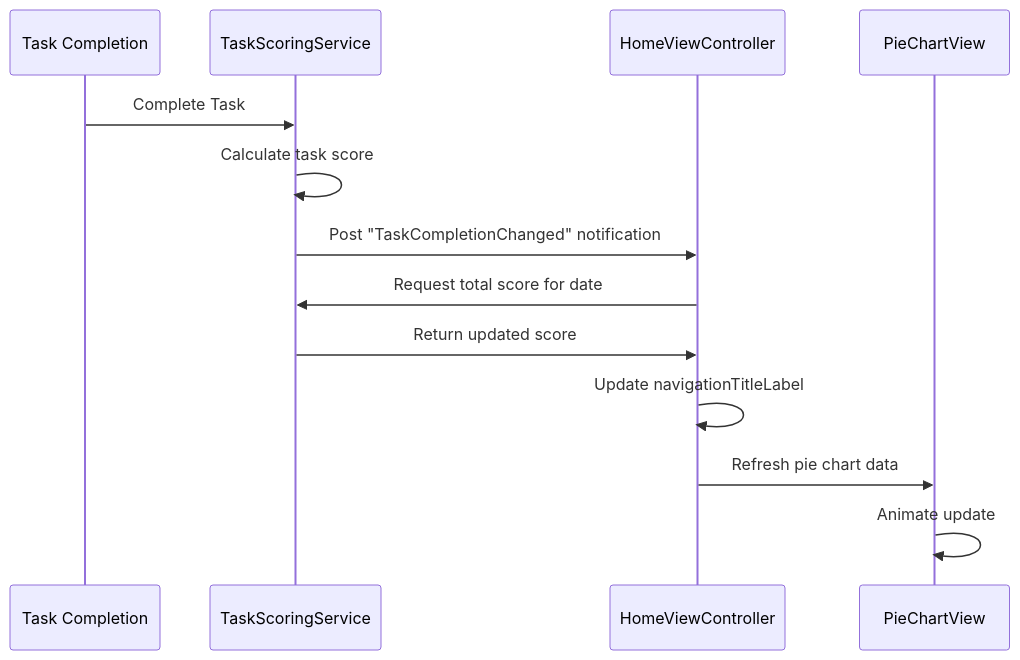
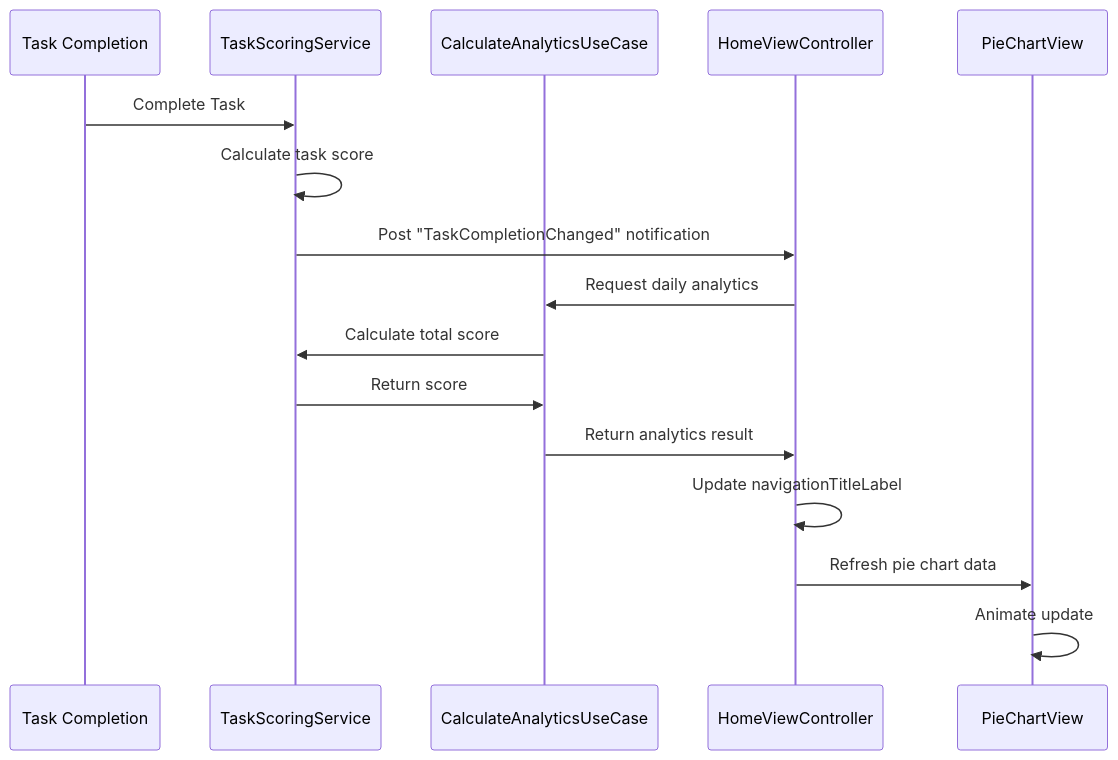
The third of 4 diagrams in .qoder/repowiki/en/content/Analytics and Daily Scoring/Analytics and Daily Scoring.md (Saransh-Sharma/Tasker), drawn with Mermaid before and after one commit. The commit also changed other lines of this file and 115 other files, not shown here.

````diff
--- a/.qoder/repowiki/en/content/Analytics and Daily Scoring/Analytics and Daily Scoring.md
+++ b/.qoder/repowiki/en/content/Analytics and Daily Scoring/Analytics and Daily Scoring.md
@@ -92,15 +115,18 @@
 ```mermaid
 sequenceDiagram
 participant Task as Task Completion
 participant Service as TaskScoringService
+participant UseCase as CalculateAnalyticsUseCase
 participant Controller as HomeViewController
 participant Chart as PieChartView
 Task->>Service : Complete Task
 Service->>Service : Calculate task score
 Service->>Controller : Post "TaskCompletionChanged" notification
-Controller->>Service : Request total score for date
-Service->>Controller : Return updated score
+Controller->>UseCase : Request daily analytics
+UseCase->>Service : Calculate total score
+Service->>UseCase : Return score
+UseCase->>Controller : Return analytics result
 Controller->>Controller : Update navigationTitleLabel
 Controller->>Chart : Refresh pie chart data
 Chart->>Chart : Animate update
 ```
````
